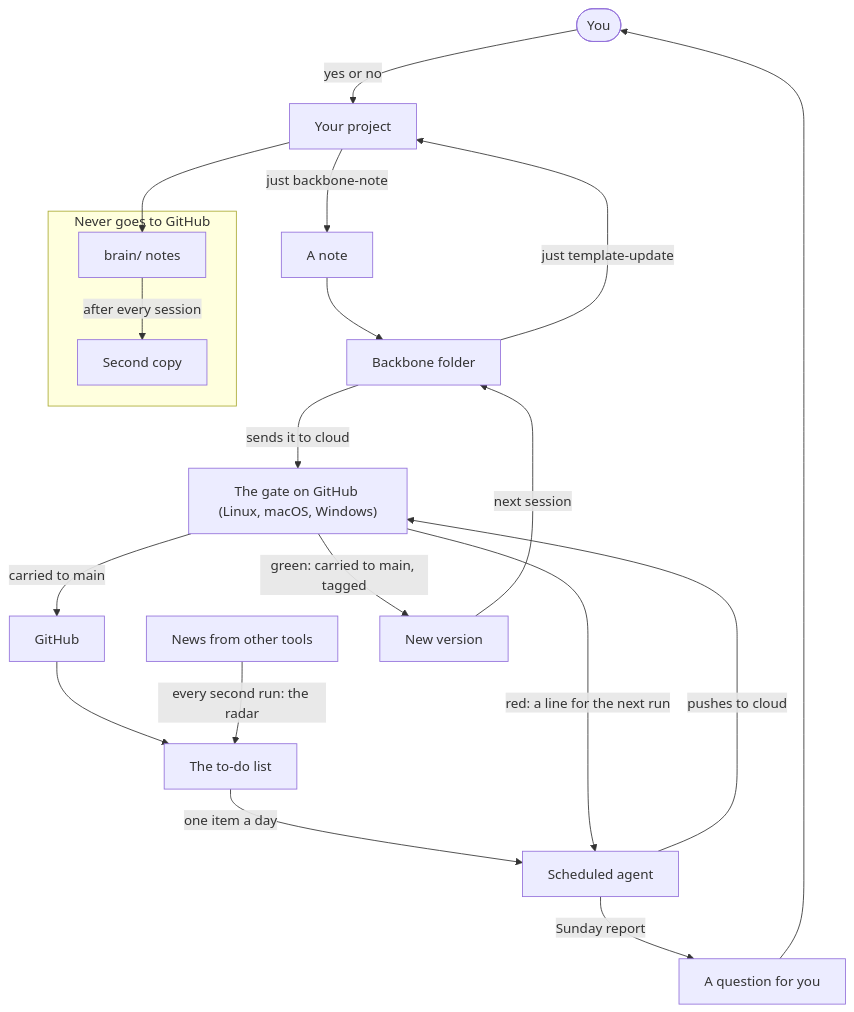
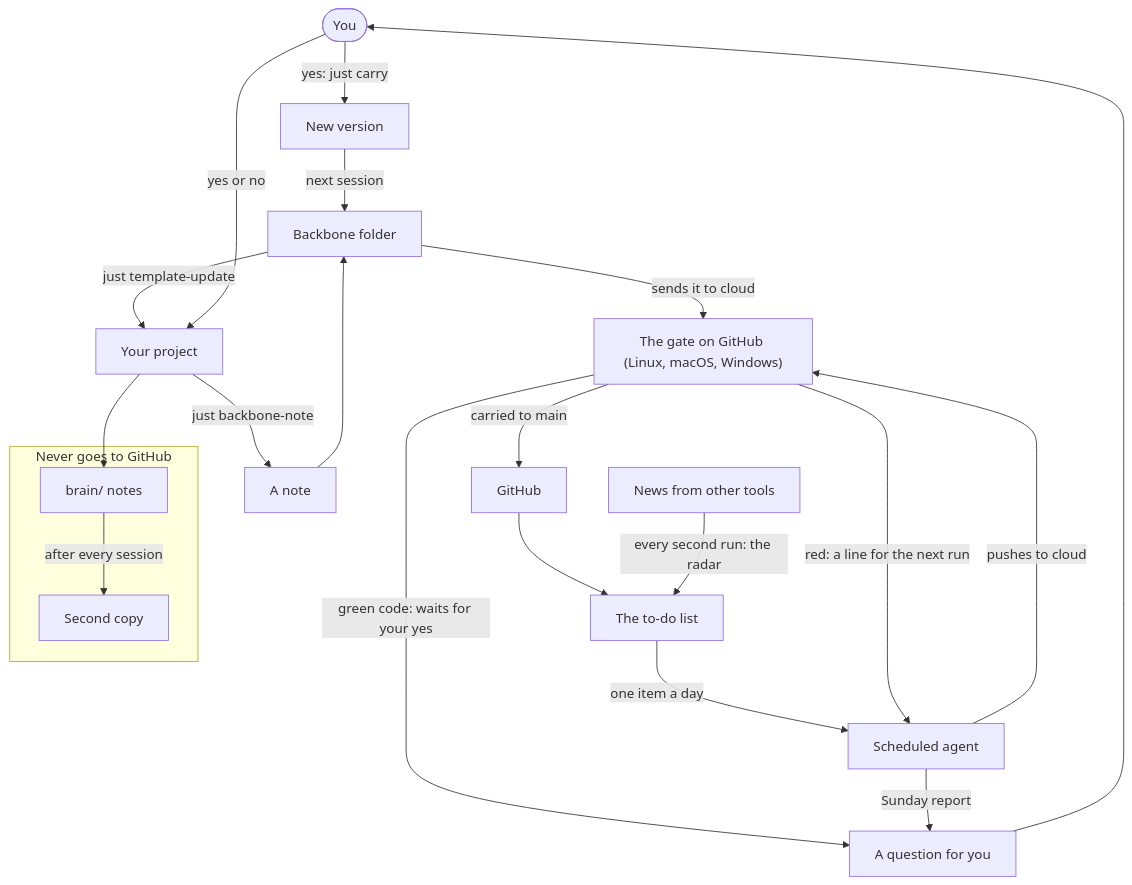
Before and after one commit to yerlytech/ai-backbone: the first of 2 diagrams in docs/how-it-works.md, drawn with Mermaid. The commit also changed other lines of this file and 13 other files, not shown here.

Commit message:
feat: code on cloud waits for an attended carry; just carry (spec 031)

````diff
--- a/docs/how-it-works.md
+++ b/docs/how-it-works.md
@@ -9,39 +9,40 @@
 ```mermaid
 flowchart TD
     you(["You"])
     proj["Your project"]
     memo["A note"]
     folder["Backbone folder"]
     hub["GitHub"]
     todo["The to-do list"]
     news["News from other tools"]
     agent["Scheduled agent"]
     gate["The gate on GitHub (Linux, macOS, Windows)"]
     ver["New version"]
     ask["A question for you"]
 
     subgraph kept ["Never goes to GitHub"]
         brain["brain/ notes"]
         spare["Second copy"]
     end
 
     proj -->|"just backbone-note"| memo
     memo --> folder
     folder -->|"sends it to cloud"| gate
     gate -->|"carried to main"| hub
     hub --> todo
     news -->|"every second run: the radar"| todo
     todo -->|"one item a day"| agent
     agent -->|"pushes to cloud"| gate
-    gate -->|"green: carried to main, tagged"| ver
+    gate -->|"green code: waits for your yes"| ask
+    you -->|"yes: just carry"| ver
     gate -->|"red: a line for the next run"| agent
     ver -->|"next session"| folder
     folder -->|"just template-update"| proj
 
     agent -->|"Sunday report"| ask
     ask --> you
     you -->|"yes or no"| proj
 
     proj --> brain
     brain -->|"after every session"| spare
 ```
````
